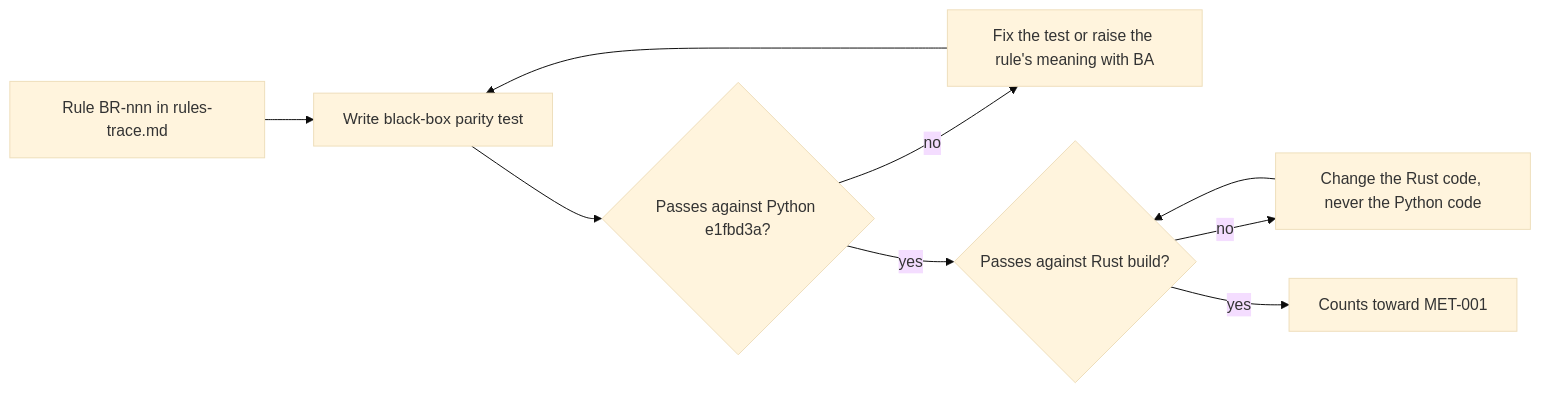
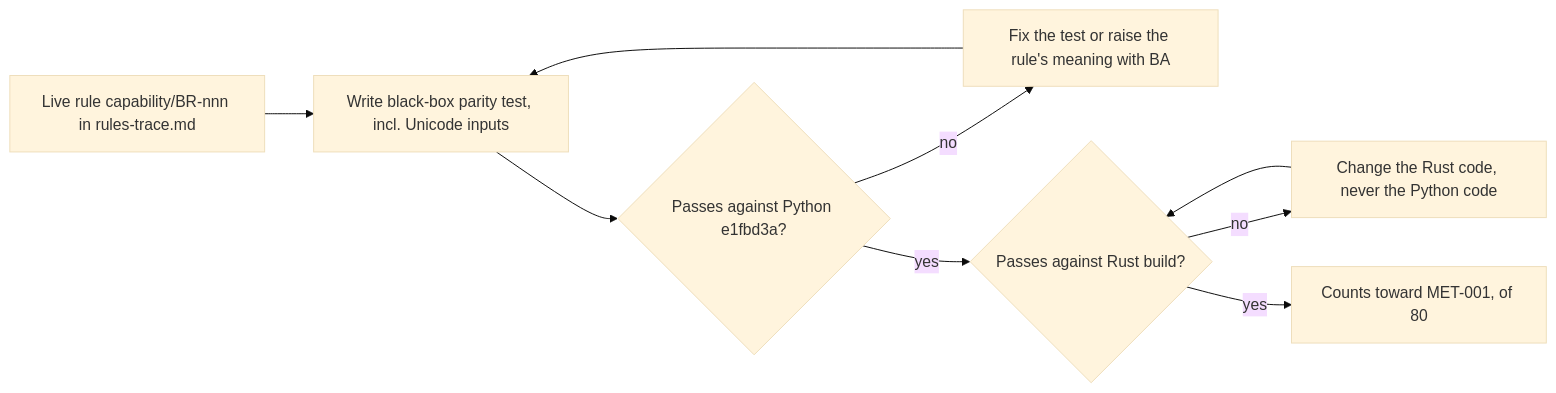
One commit to kurtistw/minidon-context changed the fifth of 5 diagrams in .mw/runs/REBUILD-MINIDON/research/flows/journeys.md. Above: the diagram before and after it, drawn with Mermaid (base theme). The commit also changed other lines of this file and 27 other files, not shown here.

Commit message:
14 - research revision: research-agent redrafts the pack from corrected inputs (target 80 rules)

````diff
--- a/.mw/runs/REBUILD-MINIDON/research/flows/journeys.md
+++ b/.mw/runs/REBUILD-MINIDON/research/flows/journeys.md
@@ -88,11 +100,11 @@
 ```mermaid
 flowchart LR
-  R[Rule BR-nnn in rules-trace.md] --> T[Write black-box parity test]
+  R[Live rule capability/BR-nnn in rules-trace.md] --> T[Write black-box parity test, incl. Unicode inputs]
   T --> Py{Passes against Python e1fbd3a?}
   Py -- no --> Fix[Fix the test or raise the rule's meaning with BA]
   Fix --> T
   Py -- yes --> Rs{Passes against Rust build?}
   Rs -- no --> Impl[Change the Rust code, never the Python code]
   Impl --> Rs
-  Rs -- yes --> C[Counts toward MET-001]
+  Rs -- yes --> C[Counts toward MET-001, of 80]
 ```
````
